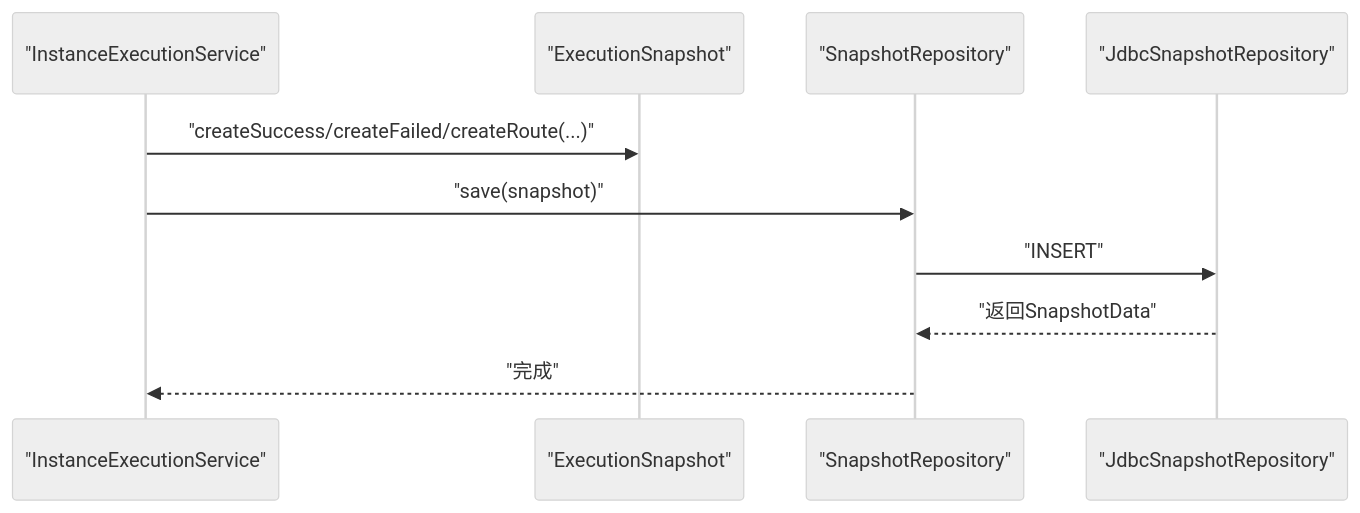
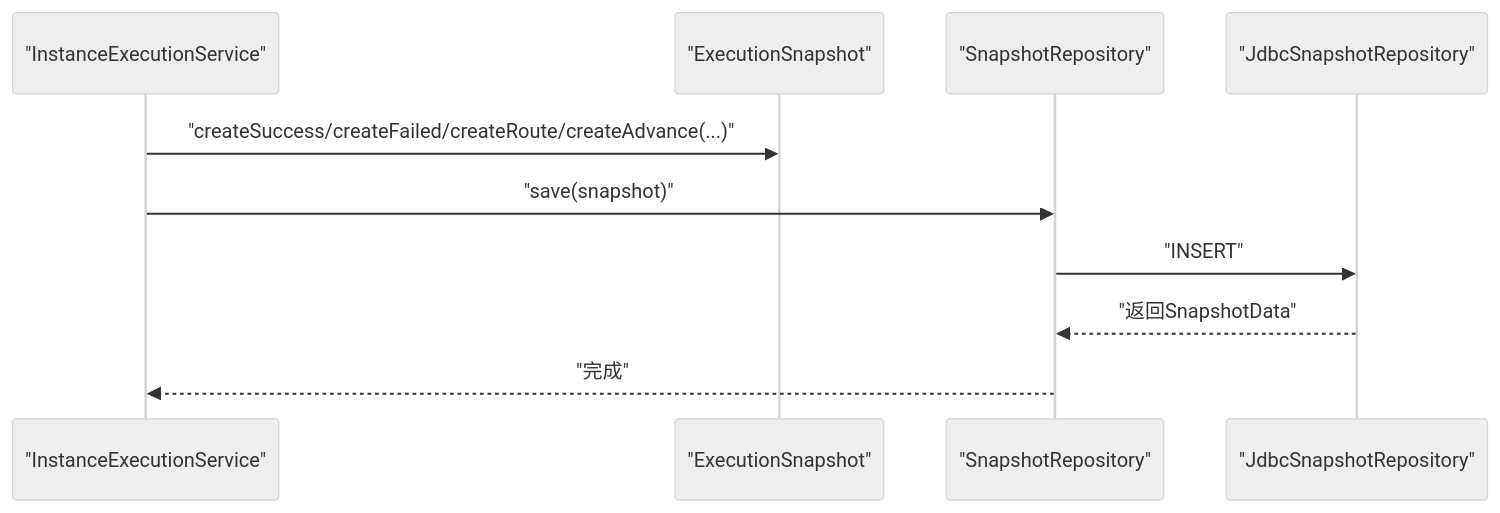
The fifth of 6 diagrams in .qoder/repowiki/zh/content/快照与恢复/执行快照设计.md (xiaoche80s-tech/state-machine-parent), drawn with Mermaid (neutral theme) before and after one commit. The commit also changed other lines of this file and 7 other files, not shown here.

````diff
--- a/.qoder/repowiki/zh/content/快照与恢复/执行快照设计.md
+++ b/.qoder/repowiki/zh/content/快照与恢复/执行快照设计.md
@@ -275,12 +338,12 @@
 ```mermaid
 sequenceDiagram
 participant Svc as "InstanceExecutionService"
 participant Snap as "ExecutionSnapshot"
 participant Repo as "SnapshotRepository"
 participant DB as "JdbcSnapshotRepository"
-Svc->>Snap : "createSuccess/createFailed/createRoute(...)"
+Svc->>Snap : "createSuccess/createFailed/createRoute/createAdvance(...)"
 Svc->>Repo : "save(snapshot)"
 Repo->>DB : "INSERT"
 DB-->>Repo : "返回SnapshotData"
 Repo-->>Svc : "完成"
 ```
````
